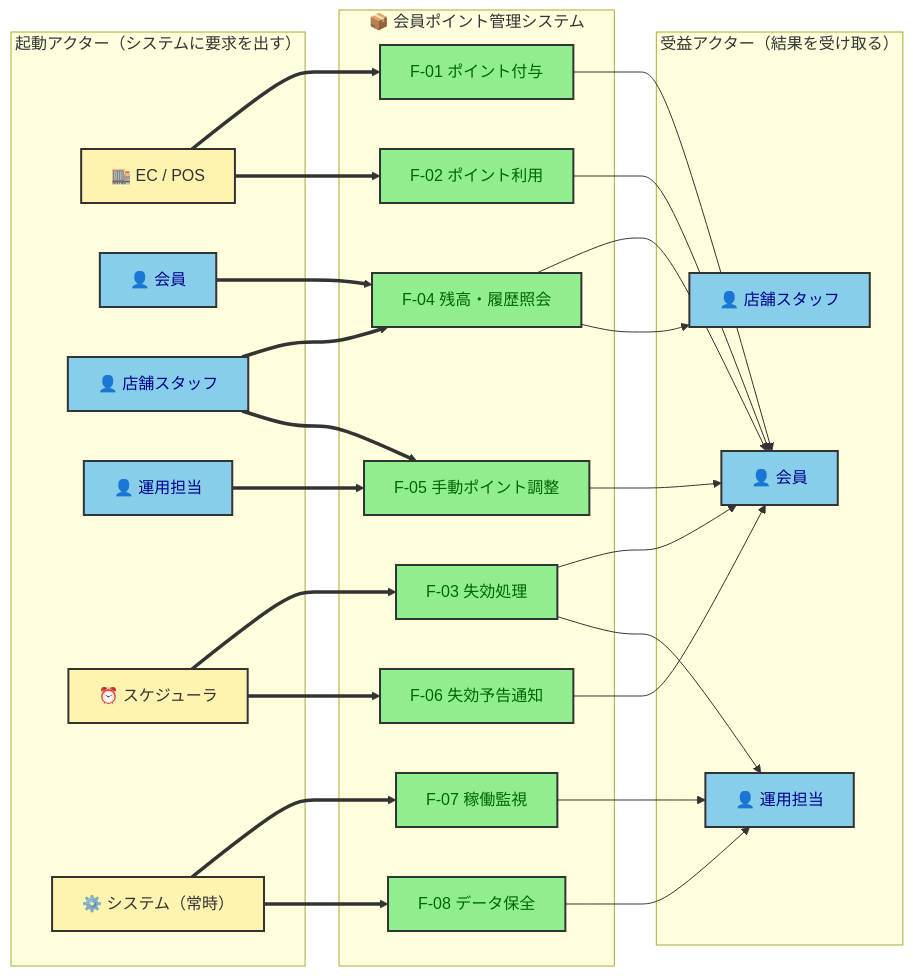
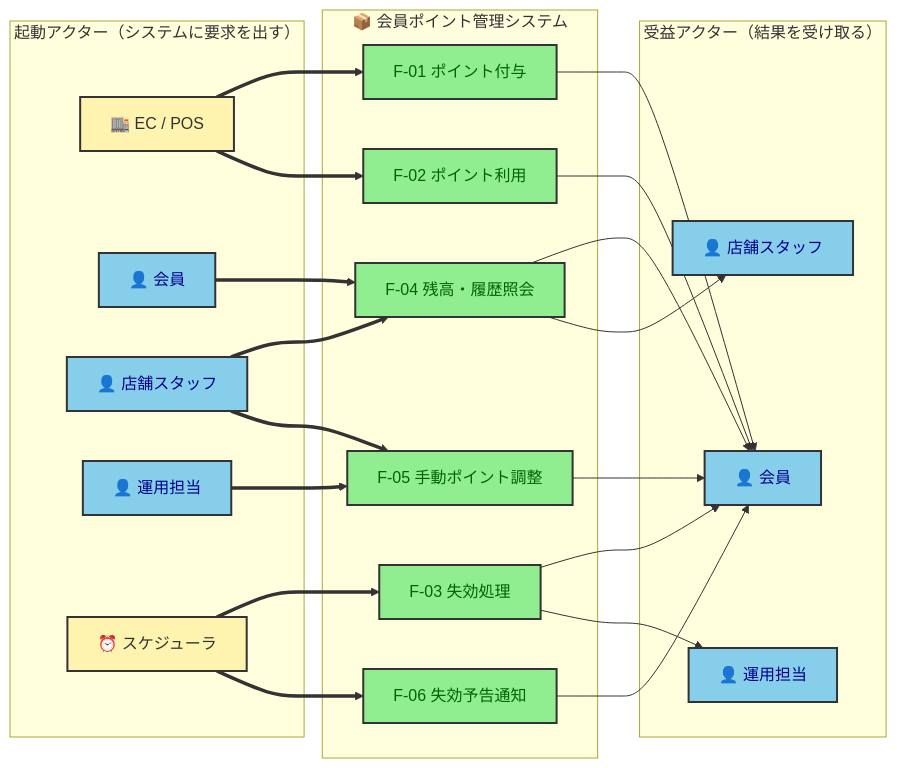
Before and after one commit to kasiopeiya/claude-dev-template: the seventh of 13 diagrams in samples/docs/requirements.md, drawn with Mermaid. The commit also changed other lines of this file and 3 other files, not shown here.

````diff
--- a/samples/docs/requirements.md
+++ b/samples/docs/requirements.md
@@ -730,57 +665,50 @@
 ```mermaid
 flowchart LR
     subgraph TRIGGER["起動アクター（システムに要求を出す）"]
         t_ecpos["🏬 EC / POS"]
         t_member["👤 会員"]
         t_staff["👤 店舗スタッフ"]
         t_ops["👤 運用担当"]
         t_sched["⏰ スケジューラ"]
-        t_auto["⚙️ システム（常時）"]
     end
 
     subgraph SYS["📦 会員ポイント管理システム"]
         f1["F-01 ポイント付与"]
         f2["F-02 ポイント利用"]
         f4["F-04 残高・履歴照会"]
         f5["F-05 手動ポイント調整"]
         f3["F-03 失効処理"]
         f6["F-06 失効予告通知"]
-        f7["F-07 稼働監視"]
-        f8["F-08 データ保全"]
     end
 
     subgraph BENEFIT["受益アクター（結果を受け取る）"]
         b_member["👤 会員"]
         b_staff["👤 店舗スタッフ"]
         b_ops["👤 運用担当"]
     end
 
     t_ecpos ==> f1
     t_ecpos ==> f2
     t_member ==> f4
     t_staff ==> f4
     t_staff ==> f5
     t_ops ==> f5
     t_sched ==> f3
     t_sched ==> f6
-    t_auto ==> f7
-    t_auto ==> f8
 
     f1 --> b_member
     f2 --> b_member
     f4 --> b_member
     f4 --> b_staff
     f5 --> b_member
     f3 --> b_member
     f3 --> b_ops
     f6 --> b_member
-    f7 --> b_ops
-    f8 --> b_ops
 
     classDef human fill:#87CEEB,stroke:#333,stroke-width:2px,color:darkblue
     classDef ext fill:#FFF3B0,stroke:#333,stroke-width:2px,color:#333
     classDef func fill:#90EE90,stroke:#333,stroke-width:2px,color:darkgreen
     class t_member,t_staff,t_ops,b_member,b_staff,b_ops human
-    class t_ecpos,t_sched,t_auto ext
-    class f1,f2,f3,f4,f5,f6,f7,f8 func
+    class t_ecpos,t_sched ext
+    class f1,f2,f3,f4,f5,f6 func
 ```
````
